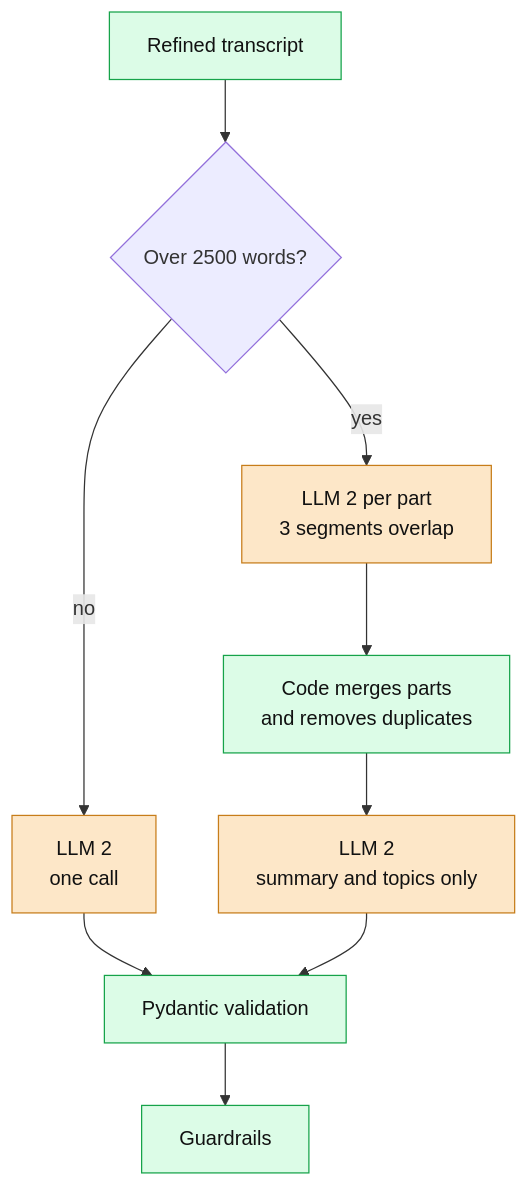
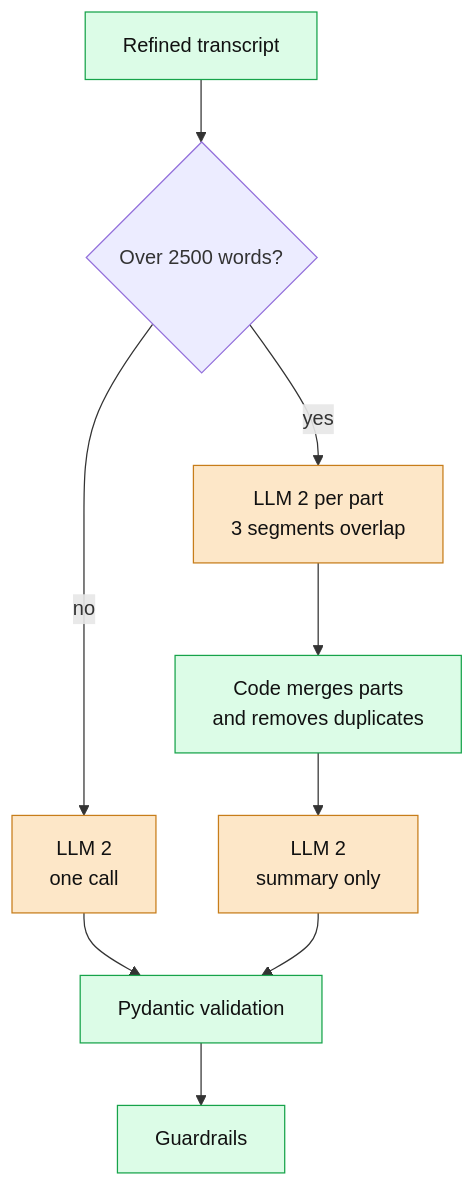
The fourth of 5 diagrams in TECHNICAL_DOCUMENT.md (bhattyuvraj22/Meeting-Assistant), drawn with Mermaid before and after one commit. The commit also changed other lines of this file, not shown here.

Commit message:
Docs: LLM 2 effort low,summary-only reduce, extra refinement safeguards

````diff
--- a/TECHNICAL_DOCUMENT.md
+++ b/TECHNICAL_DOCUMENT.md
@@ -129,16 +131,16 @@
 ```mermaid
 flowchart TD
     A["Refined transcript"] --> B{"Over 2500 words?"}
     B -->|"no"| C["LLM 2<br/>one call"]
     B -->|"yes"| D["LLM 2 per part<br/>3 segments overlap"]
     D --> E["Code merges parts<br/>and removes duplicates"]
-    E --> F["LLM 2<br/>summary and topics only"]
+    E --> F["LLM 2<br/>summary only"]
     C --> G["Pydantic validation"]
     F --> G
     G --> H["Guardrails"]
 
     classDef llm fill:#fde7c8,stroke:#c77d1a,color:#111
     classDef code fill:#dcfce7,stroke:#16a34a,color:#111
     class C,D,F llm
     class A,E,G,H code
 ```
````
